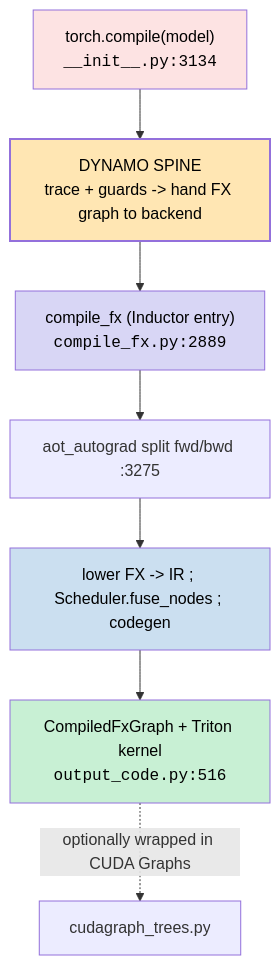
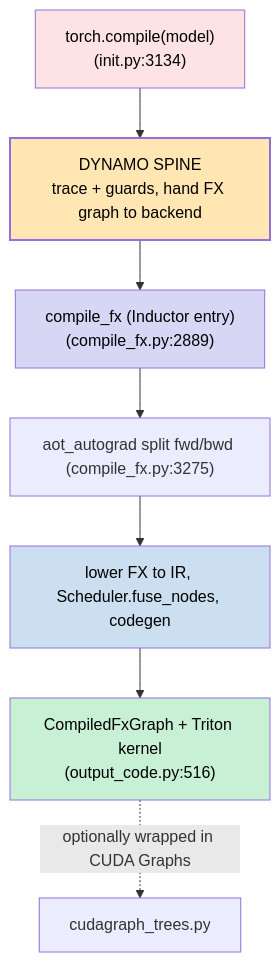
The seventh of 32 diagrams in talk.md (megabake/megabake), drawn with Mermaid before and after one commit. The commit also changed other lines of this file, not shown here.

Commit message:
fixing mermaids

````diff
--- a/talk.md
+++ b/talk.md
@@ -179,15 +183,15 @@
 ```mermaid
 flowchart TD
-    E["torch.compile(model)\n<code>__init__.py:3134</code>"] --> DYN_SPINE["DYNAMO SPINE\ntrace + guards -> hand FX graph to backend"]
-    DYN_SPINE --> HF["compile_fx (Inductor entry)\n<code>compile_fx.py:2889</code>"]
-    HF --> AOT_A["aot_autograd split fwd/bwd :3275"]
-    AOT_A --> INDNODES["lower FX -> IR ; Scheduler.fuse_nodes ; codegen"]
-    INDNODES --> KERNEL["CompiledFxGraph + Triton kernel\n<code>output_code.py:516</code>"]
+    E["torch.compile(model)\n(init.py:3134)"] --> DYN_SPINE["DYNAMO SPINE\ntrace + guards, hand FX graph to backend"]
+    DYN_SPINE --> HF["compile_fx (Inductor entry)\n(compile_fx.py:2889)"]
+    HF --> AOT_A["aot_autograd split fwd/bwd (compile_fx.py:3275)"]
+    AOT_A --> INDNODES["lower FX to IR, Scheduler.fuse_nodes, codegen"]
+    INDNODES --> KERNEL["CompiledFxGraph + Triton kernel\n(output_code.py:516)"]
     KERNEL -.->|"optionally wrapped in CUDA Graphs"| CG["cudagraph_trees.py"]
 
-style E fill:#fde3e3,color:#000
-style DYN_SPINE  fill:#ffe6b3,stroke-width:2px,color:#000
-style HF         fill:#d8d6f5,color:#000
-style INDNODES   fill:#cbdff0,color:#000
-style KERNEL     fill:#c8f0d4,color:#000
+    style E fill:#fde3e3,color:#000
+    style DYN_SPINE fill:#ffe6b3,stroke-width:2px,color:#000
+    style HF fill:#d8d6f5,color:#000
+    style INDNODES fill:#cbdff0,color:#000
+    style KERNEL fill:#c8f0d4,color:#000
 ```
````
